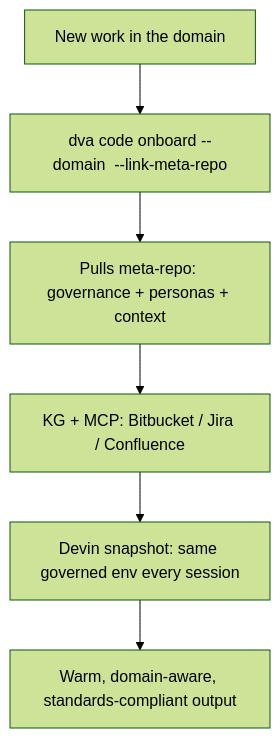
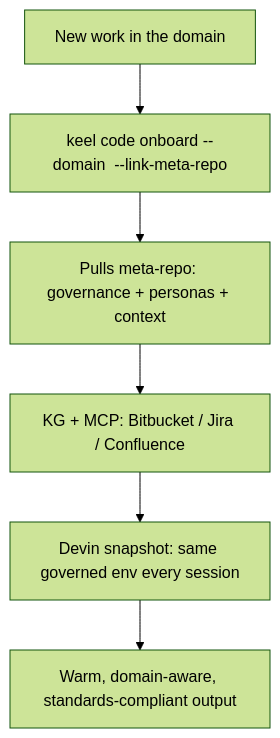
Before and after one commit to VcCorg/keelyard: the fourth of 5 diagrams in docs/DOMAIN_ONBOARDING_GOVERNANCE_DEMO.md, drawn with Mermaid (forest theme). The commit also changed other lines of this file and 346 other files, not shown here.

````diff
--- a/docs/DOMAIN_ONBOARDING_GOVERNANCE_DEMO.md
+++ b/docs/DOMAIN_ONBOARDING_GOVERNANCE_DEMO.md
@@ -217,8 +217,8 @@
 ```mermaid
 flowchart TD
-    DevReq["New work in the domain"] --> Onboard["dva code onboard --domain <slug> --link-meta-repo"]
+    DevReq["New work in the domain"] --> Onboard["keel code onboard --domain <slug> --link-meta-repo"]
     Onboard --> Ctx["Pulls meta-repo: governance + personas + context"]
     Ctx --> KG["KG + MCP: Bitbucket / Jira / Confluence"]
     KG --> Snap["Devin snapshot: same governed env every session"]
     Snap --> Out["Warm, domain-aware, standards-compliant output"]
 ```
````
